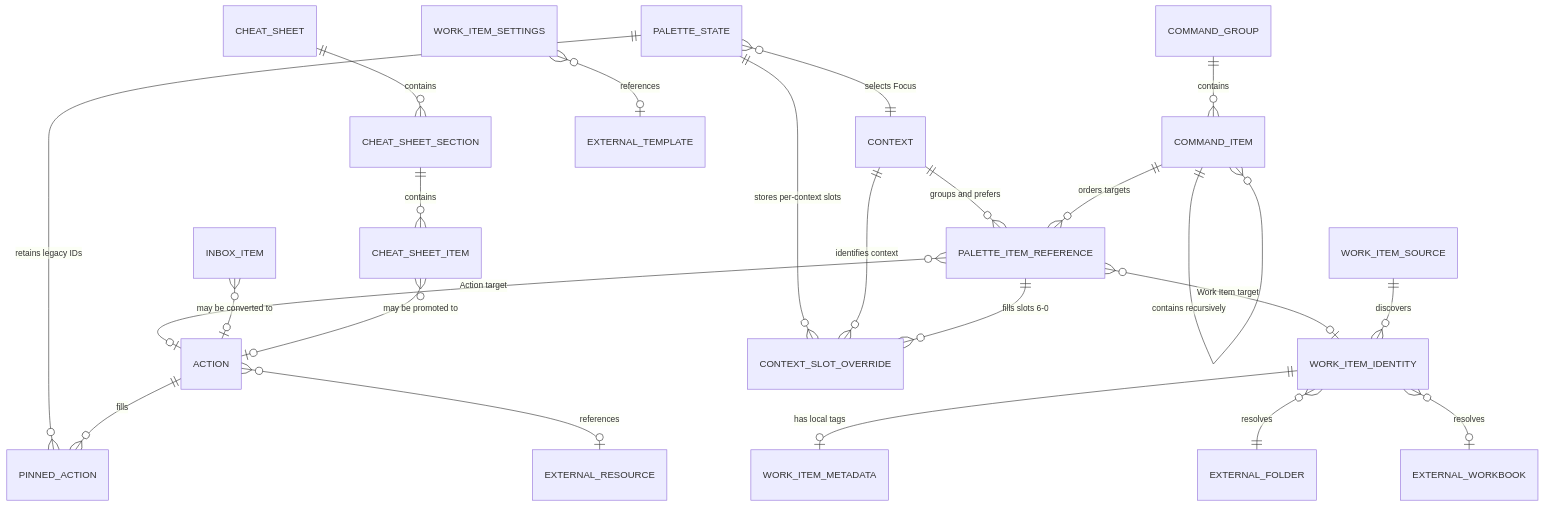
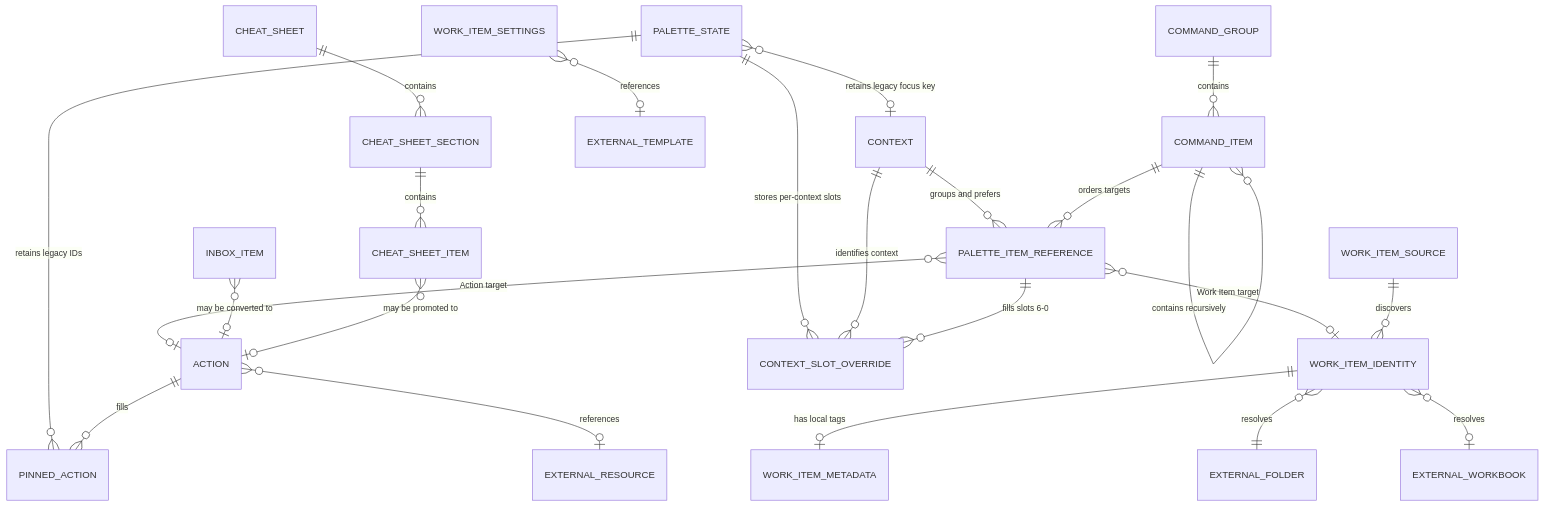
The diagram in docs/DATA_MODEL.md (Jefvw/context-palette), drawn with Mermaid before and after one commit. The commit also changed other lines of this file and 34 other files, not shown here.

````diff
--- a/docs/DATA_MODEL.md
+++ b/docs/DATA_MODEL.md
@@ -36,30 +36,30 @@
 ```mermaid
 erDiagram
     CONTEXT ||--o{ PALETTE_ITEM_REFERENCE : "groups and prefers"
     PALETTE_ITEM_REFERENCE }o--o| ACTION : "Action target"
     PALETTE_ITEM_REFERENCE }o--o| WORK_ITEM_IDENTITY : "Work Item target"
 
     PALETTE_STATE ||--o{ PINNED_ACTION : "retains legacy IDs"
     ACTION ||--o{ PINNED_ACTION : "fills"
-    PALETTE_STATE }o--|| CONTEXT : "selects Focus"
+    PALETTE_STATE }o--o| CONTEXT : "retains legacy focus key"
     PALETTE_STATE ||--o{ CONTEXT_SLOT_OVERRIDE : "stores per-context slots"
     CONTEXT ||--o{ CONTEXT_SLOT_OVERRIDE : "identifies context"
     PALETTE_ITEM_REFERENCE ||--o{ CONTEXT_SLOT_OVERRIDE : "fills slots 6-0"
 
     COMMAND_GROUP ||--o{ COMMAND_ITEM : contains
     COMMAND_ITEM ||--o{ COMMAND_ITEM : "contains recursively"
     COMMAND_ITEM ||--o{ PALETTE_ITEM_REFERENCE : "orders targets"
 
     WORK_ITEM_SOURCE ||--o{ WORK_ITEM_IDENTITY : discovers
     WORK_ITEM_IDENTITY ||--o| WORK_ITEM_METADATA : "has local tags"
     WORK_ITEM_SETTINGS }o--o| EXTERNAL_TEMPLATE : references
 
     ACTION }o--o| EXTERNAL_RESOURCE : references
     WORK_ITEM_IDENTITY }o--|| EXTERNAL_FOLDER : resolves
     WORK_ITEM_IDENTITY }o--o| EXTERNAL_WORKBOOK : resolves
 
     INBOX_ITEM }o--o| ACTION : "may be converted to"
     CHEAT_SHEET ||--o{ CHEAT_SHEET_SECTION : contains
     CHEAT_SHEET_SECTION ||--o{ CHEAT_SHEET_ITEM : contains
     CHEAT_SHEET_ITEM }o--o| ACTION : "may be promoted to"
 ```
````
